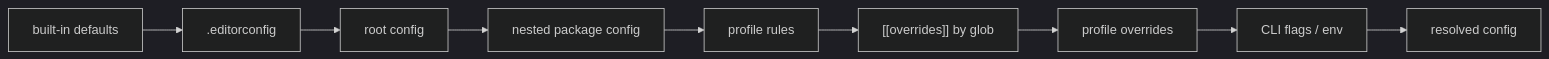
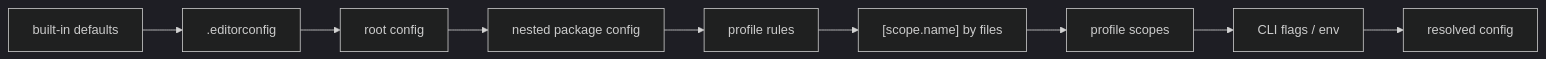
The diagram in records/0110_config.md (arpitarya/codelaw), drawn with Mermaid (dark theme) before and after one commit. The commit also changed other lines of this file and 34 other files, not shown here.

````diff
--- a/records/0110_config.md
+++ b/records/0110_config.md
@@ -57,11 +64,11 @@
 ```mermaid
 flowchart LR
     D["built-in defaults"] --> E[".editorconfig"]
     E --> R["root config"]
     R --> N["nested package config"]
     N --> PR["profile rules"]
-    PR --> O["[[overrides]] by glob"]
-    O --> PO["profile overrides"]
+    PR --> O["[scope.name] by files"]
+    O --> PO["profile scopes"]
     PO --> FL["CLI flags / env"]
     FL --> V["resolved config"]
 ```
````
